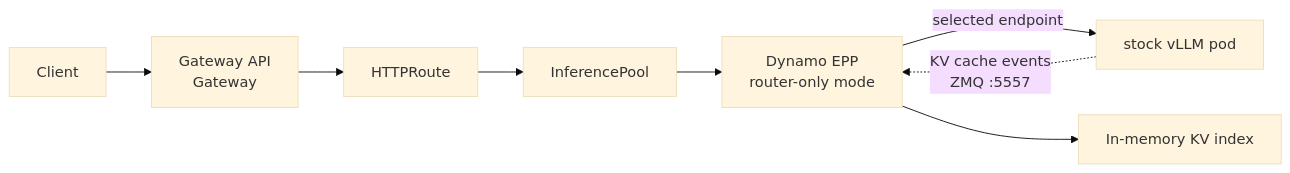
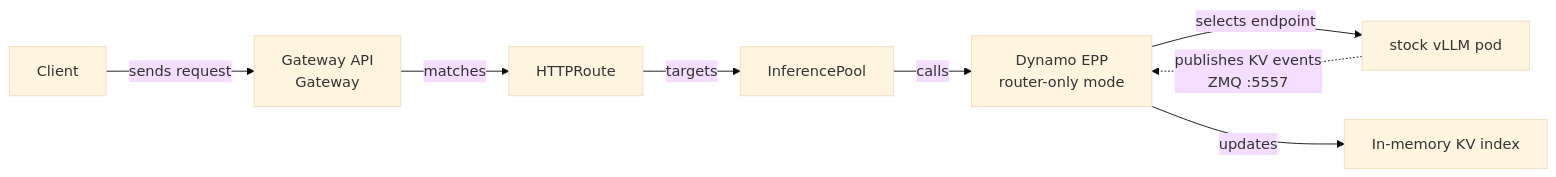
One commit to Nicoh25/dynamo changed the first of 2 diagrams in docs/kubernetes/gateway-api/vanilla-vllm-onramp.mdx. Above: the diagram before and after it, drawn with Mermaid (base theme). The commit also changed other lines of this file and 1 other file, not shown here.

Commit message:
fixup! docs/kubernetes: add vanilla vllm gaie on-ramp

````diff
--- a/docs/kubernetes/gateway-api/vanilla-vllm-onramp.mdx
+++ b/docs/kubernetes/gateway-api/vanilla-vllm-onramp.mdx
@@ -21,10 +21,10 @@
 ```mermaid
 flowchart LR
-    Client["Client"] --> Gateway["Gateway API<br/>Gateway"]
-    Gateway --> Route["HTTPRoute"]
-    Route --> Pool["InferencePool"]
-    Pool --> EPP["Dynamo EPP<br/>router-only mode"]
-    EPP -->|"selected endpoint"| VLLM["stock vLLM pod"]
-    VLLM -. "KV cache events<br/>ZMQ :5557" .-> EPP
-    EPP --> Index["In-memory KV index"]
+    Client["Client"] -->|"sends request"| Gateway["Gateway API<br/>Gateway"]
+    Gateway -->|"matches"| Route["HTTPRoute"]
+    Route -->|"targets"| Pool["InferencePool"]
+    Pool -->|"calls"| EPP["Dynamo EPP<br/>router-only mode"]
+    EPP -->|"selects endpoint"| VLLM["stock vLLM pod"]
+    VLLM -. "publishes KV events<br/>ZMQ :5557" .-> EPP
+    EPP -->|"updates"| Index["In-memory KV index"]
 ```
````
